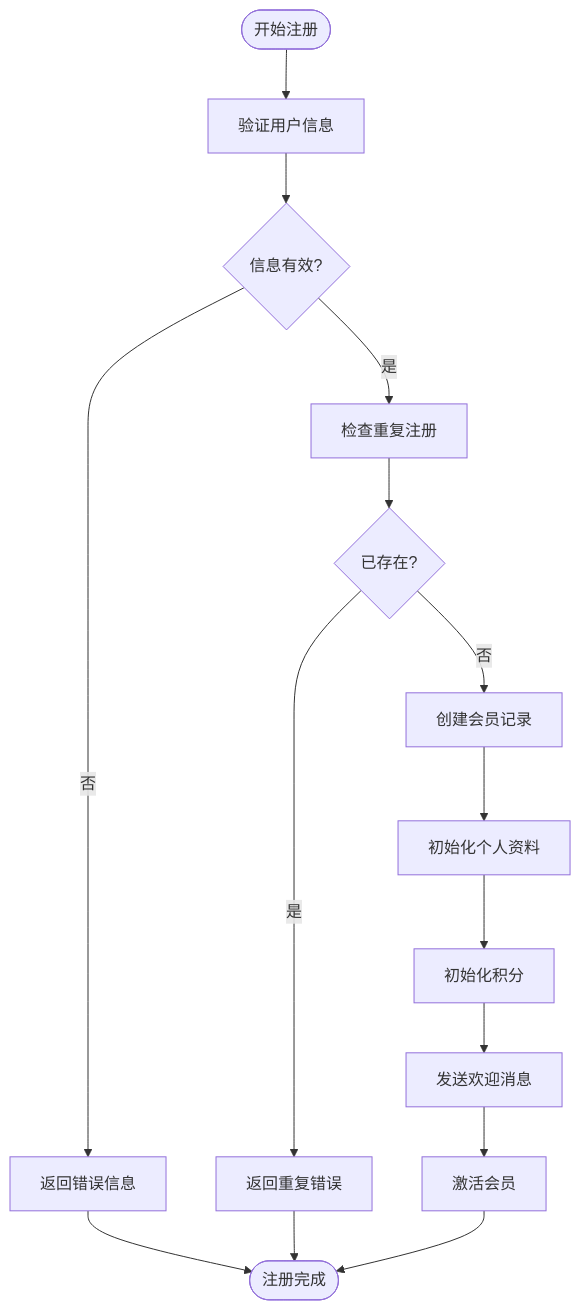
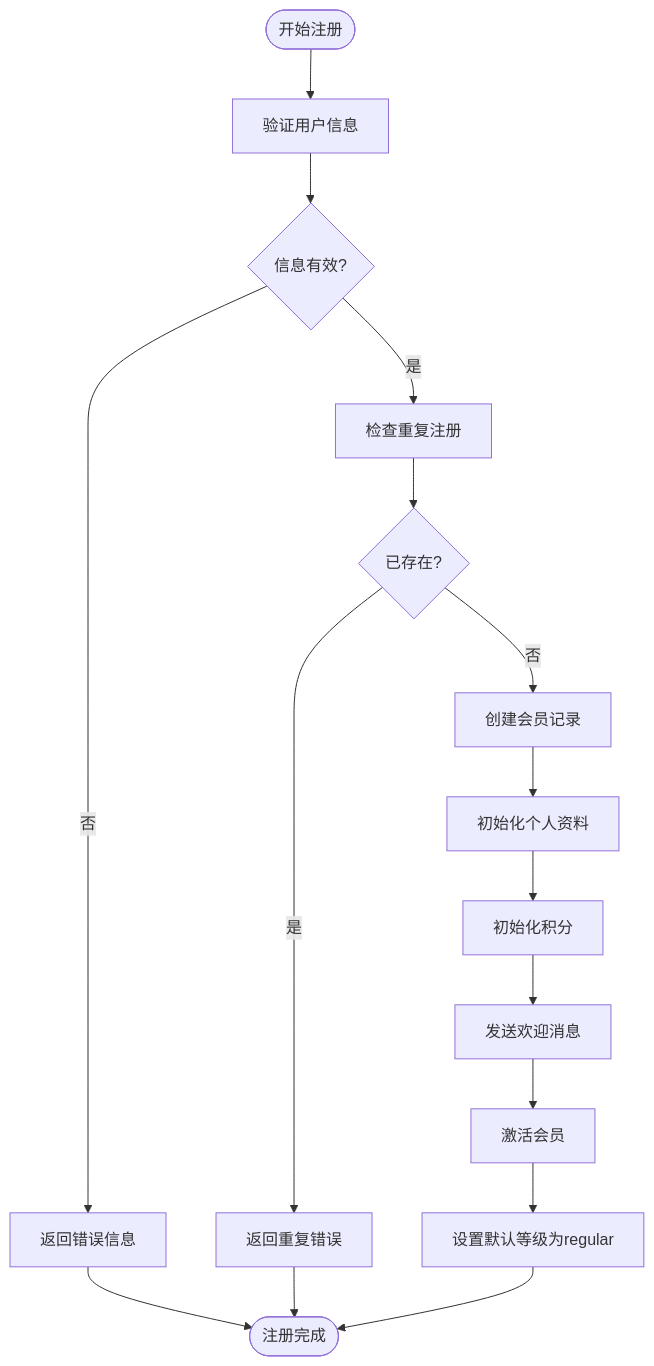
Before and after one commit to rc558620/purelyprofit-server: the fifth of 13 diagrams in .qoder/repowiki/zh/content/业务模块/会员管理模块/会员管理模块.md, drawn with Mermaid. The commit also changed other lines of this file and 18 other files, not shown here.

````diff
--- a/.qoder/repowiki/zh/content/业务模块/会员管理模块/会员管理模块.md
+++ b/.qoder/repowiki/zh/content/业务模块/会员管理模块/会员管理模块.md
@@ -333,17 +333,18 @@
 ```mermaid
 flowchart TD
 Start([开始注册]) --> Validate["验证用户信息"]
 Validate --> InfoValid{"信息有效?"}
 InfoValid --> |否| ReturnError["返回错误信息"]
 InfoValid --> |是| CheckDuplicate["检查重复注册"]
 CheckDuplicate --> Duplicate{"已存在?"}
 Duplicate --> |是| ReturnDuplicate["返回重复错误"]
 Duplicate --> |否| CreateMember["创建会员记录"]
 CreateMember --> InitProfile["初始化个人资料"]
 InitProfile --> InitPoints["初始化积分"]
 InitPoints --> SendWelcome["发送欢迎消息"]
 SendWelcome --> ActivateMember["激活会员"]
-ActivateMember --> End([注册完成])
+ActivateMember --> SetDefaultLevel["设置默认等级为regular"]
+SetDefaultLevel --> End([注册完成])
 ReturnError --> End
 ReturnDuplicate --> End
 ```
````
